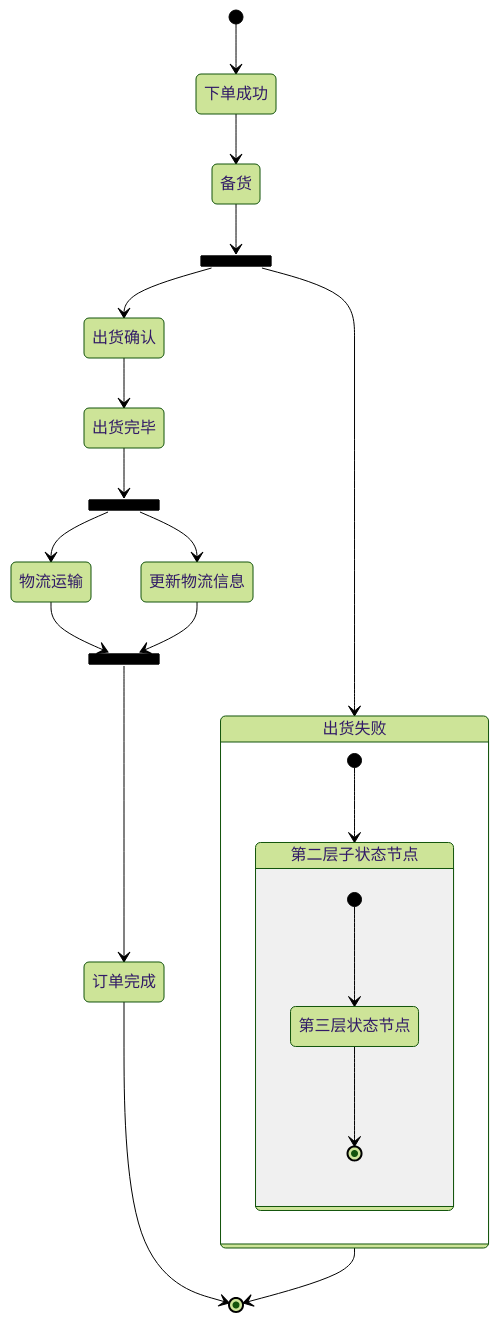
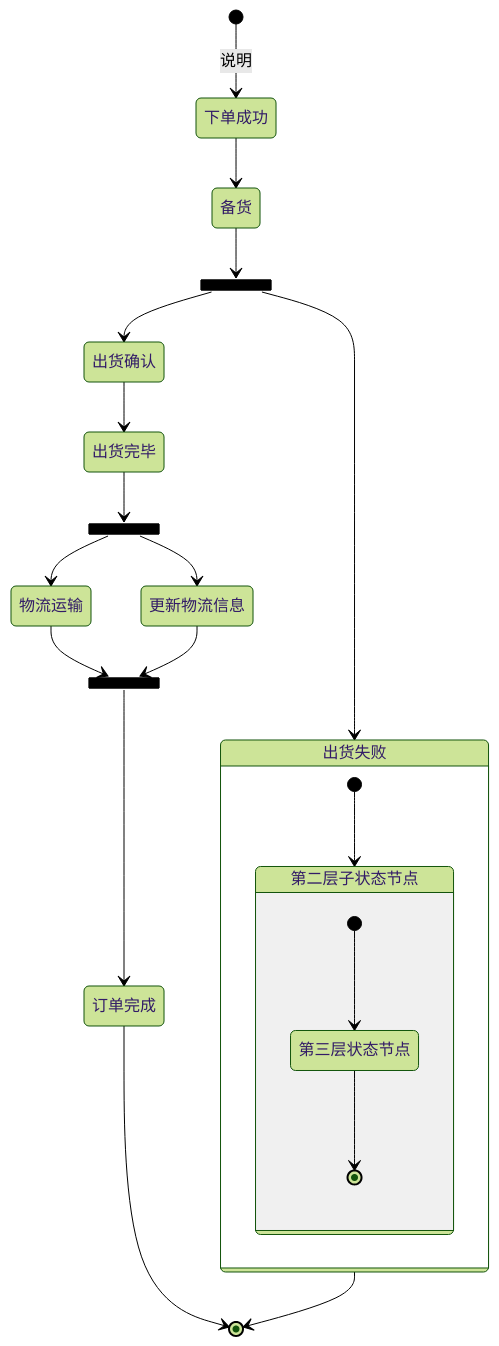
Before and after one commit to yangxiongbro/notes: the eighth of 9 diagrams in temp/笔记.MD, drawn with Mermaid (forest theme). The commit also changed 1 other file, not shown here.

Commit message:
更新文件

````diff
--- a/temp/笔记.MD
+++ b/temp/笔记.MD
@@ -3387,31 +3387,31 @@
 ```mermaid
 stateDiagram
 %% 在状态图中显示开始或结束节点，可以通过 [*] 方式声明
-[*] --> 下单成功 
+[*] --> 下单成功:说明 
 %% Note left of 下单成功: 这是订单备注
 下单成功 --> 备货
 %% 使用 <<fork>> 描述分支，使用 <<join>> 描述聚合
 state 出货中 <<fork>>
 备货 --> 出货中
 出货中 --> 出货失败
 %% 在 Mermaid 扩展中，描述嵌套的方式，是使用「花括号 {}」描述子状态,「嵌套」的层数没有限制
 state 出货失败 {
     [*] --> 第二层子状态节点
     state 第二层子状态节点 {
     	[*] --> 第三层状态节点
 		第三层状态节点 --> [*]
     }
 }
 出货失败 --> [*]
 出货中 --> 出货确认
 出货确认 --> 出货完毕
 state 运输中 <<fork>>
 出货完毕 --> 运输中
 运输中 --> 物流运输
 运输中 --> 更新物流信息
 state 物流签收 <<join>>
 物流运输 --> 物流签收
 更新物流信息 --> 物流签收
 物流签收 --> 订单完成
 订单完成 --> [*]
 ```
````
